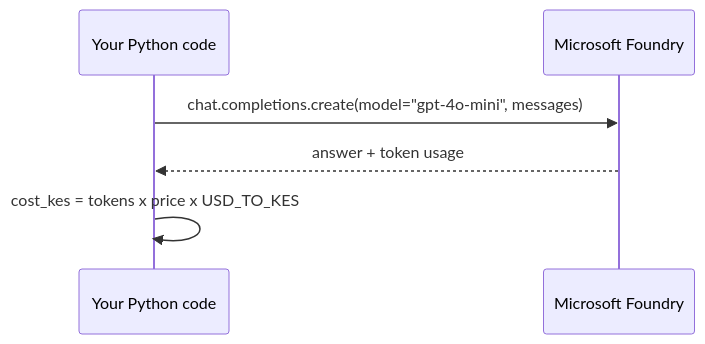
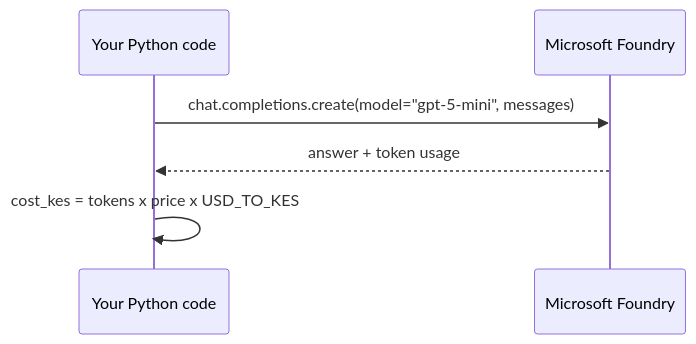
One commit to Malvine254/pycon-2026 changed the diagram in labs/01-hello-cloud.md. Above: the diagram before and after it, drawn with Mermaid. The commit also changed other lines of this file and 14 other files, not shown here.

````diff
--- a/labs/01-hello-cloud.md
+++ b/labs/01-hello-cloud.md
@@ -13,8 +13,8 @@
 ```mermaid
 sequenceDiagram
     participant P as Your Python code
     participant F as Microsoft Foundry
-    P->>F: chat.completions.create(model="gpt-4o-mini", messages)
+    P->>F: chat.completions.create(model="gpt-5-mini", messages)
     F-->>P: answer + token usage
     P->>P: cost_kes = tokens x price x USD_TO_KES
 ```
````
